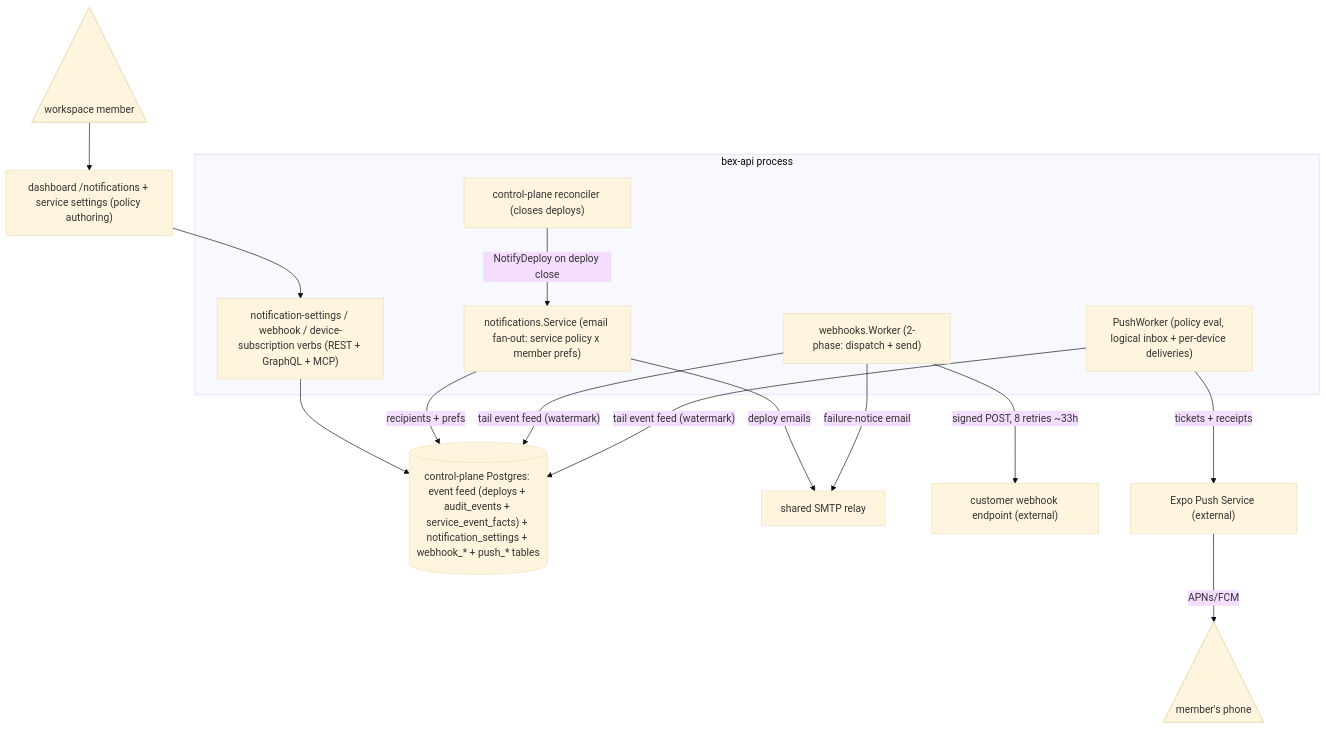
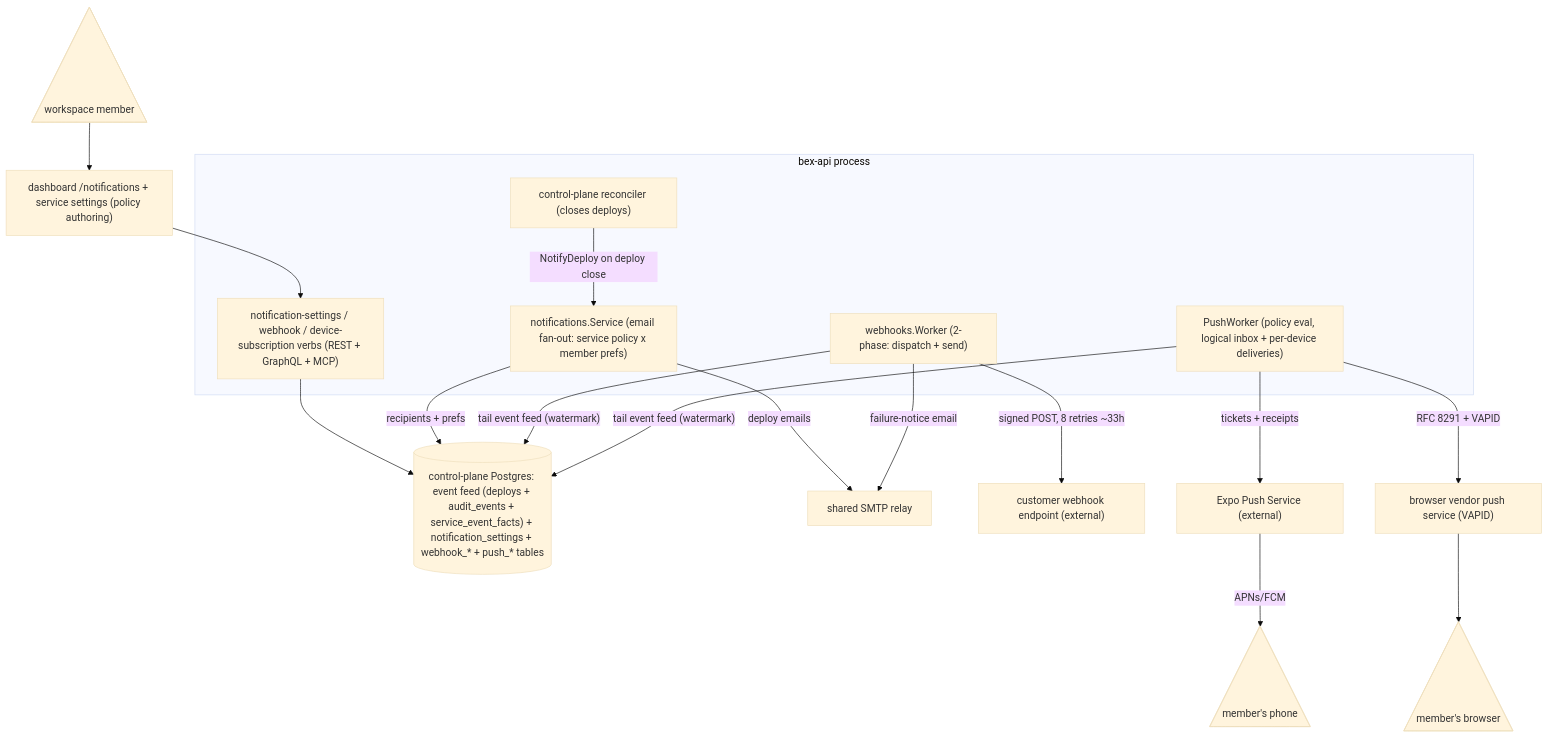
The diagram in docs/ADR052-notifications.md (cuckoo-network/cuckoo), drawn with Mermaid (base theme) before and after one commit. The commit also changed other lines of this file and 58 other files, not shown here.

First line of the commit message:
feat(notifications): deliver browser web push over VAPID (w2/m76)

````diff
--- a/docs/ADR052-notifications.md
+++ b/docs/ADR052-notifications.md
@@ -27,31 +27,35 @@
 ```mermaid
 flowchart TB
   member@{ shape: tri, label: "workspace member" }
   dash["dashboard /notifications + service settings (policy authoring)"]
 
   subgraph api["bex-api process"]
     verbs["notification-settings / webhook / device-subscription verbs (REST + GraphQL + MCP)"]
     rec["control-plane reconciler (closes deploys)"]
     notif["notifications.Service (email fan-out: service policy x member prefs)"]
     whw["webhooks.Worker (2-phase: dispatch + send)"]
     pushw["PushWorker (policy eval, logical inbox + per-device deliveries)"]
   end
 
   cpdb[("control-plane Postgres: event feed (deploys + audit_events + service_event_facts) + notification_settings + webhook_* + push_* tables")]
   smtp["shared SMTP relay"]
   hook["customer webhook endpoint (external)"]
   expo["Expo Push Service (external)"]
+  pushsvc["browser vendor push service (VAPID)"]
   device@{ shape: tri, label: "member's phone" }
+  browser@{ shape: tri, label: "member's browser" }
 
   member --> dash --> verbs
   verbs --> cpdb
   rec -->|"NotifyDeploy on deploy close"| notif
   notif -->|"recipients + prefs"| cpdb
   notif -->|"deploy emails"| smtp
   whw -->|"tail event feed (watermark)"| cpdb
   whw -->|"signed POST, 8 retries ~33h"| hook
   whw -->|"failure-notice email"| smtp
   pushw -->|"tail event feed (watermark)"| cpdb
   pushw -->|"tickets + receipts"| expo
+  pushw -->|"RFC 8291 + VAPID"| pushsvc
   expo -->|"APNs/FCM"| device
+  pushsvc --> browser
 ```
````
